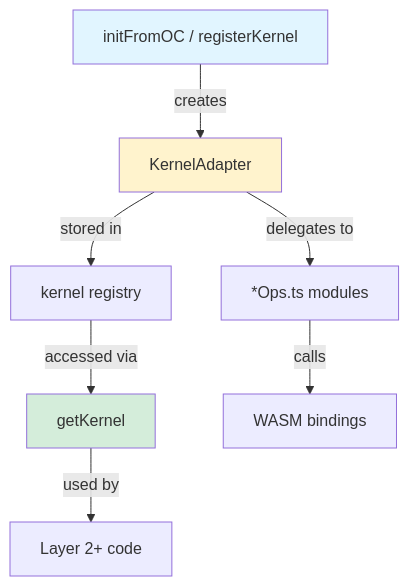
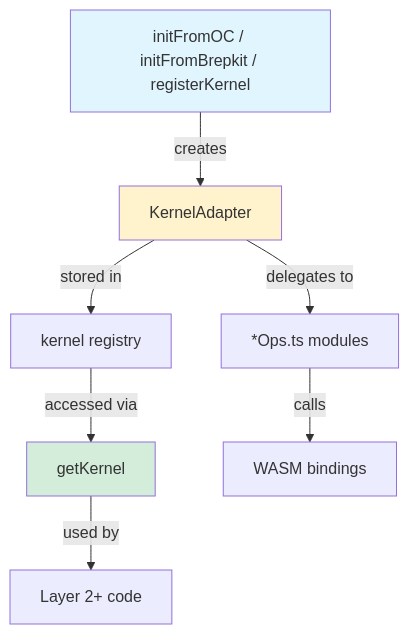
The diagram in src/kernel/README.md (ehtick/brepjs), drawn with Mermaid before and after one commit. The commit also changed other lines of this file and 25 other files, not shown here.

````diff
--- a/src/kernel/README.md
+++ b/src/kernel/README.md
@@ -5,13 +5,13 @@
 ```mermaid
 graph TD
-    A[initFromOC / registerKernel] -->|creates| B[KernelAdapter]
+    A[initFromOC / initFromBrepkit / registerKernel] -->|creates| B[KernelAdapter]
     B -->|stored in| C[kernel registry]
     C -->|accessed via| D[getKernel]
     D -->|used by| E[Layer 2+ code]
     B -->|delegates to| F[*Ops.ts modules]
     F -->|calls| G[WASM bindings]
 
     style A fill:#e1f5ff
     style B fill:#fff3cd
     style D fill:#d4edda
 ```
````
